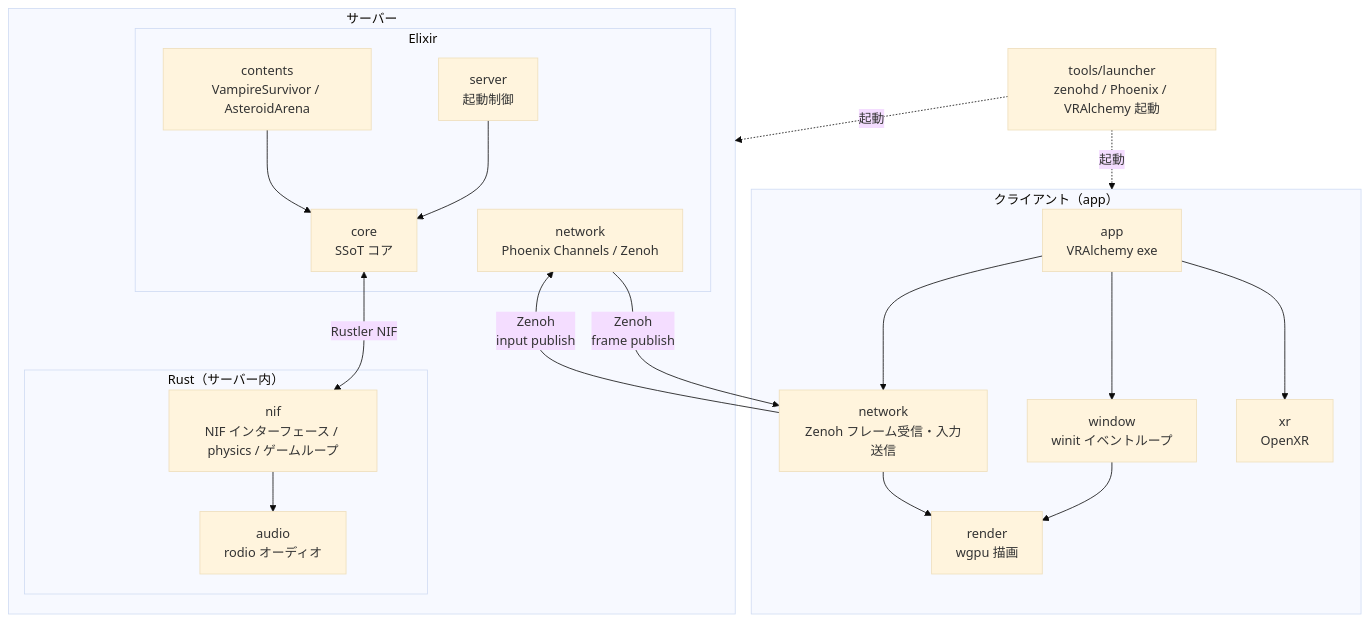
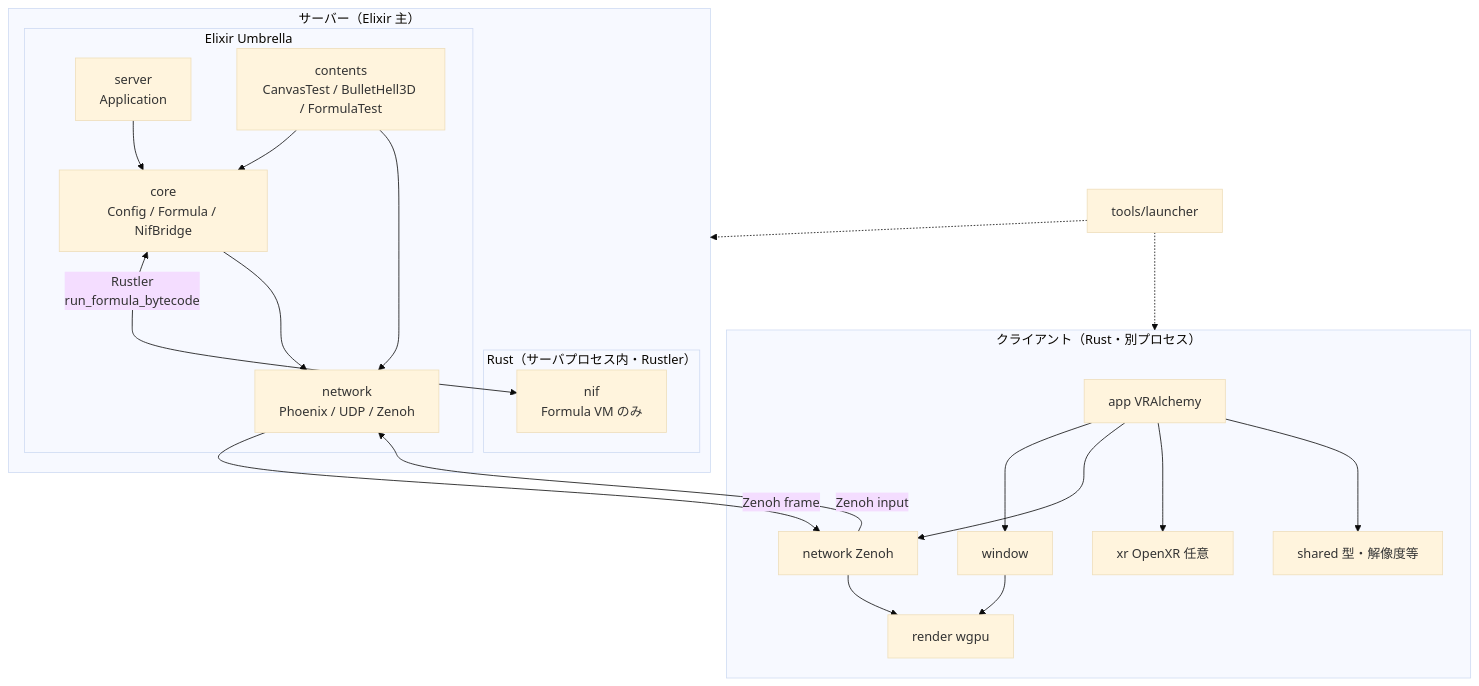
The first of 9 diagrams in docs/architecture/overview.md (FRICK-ELDY/alchemy-engine), drawn with Mermaid (base theme) before and after one commit. The commit also changed other lines of this file and 11 other files, not shown here.

Commit message:
docs(architecture): 現行構成（Formula NIF・Elixir tick・3 コンテンツ）に合わせて更新

````diff
--- a/docs/architecture/overview.md
+++ b/docs/architecture/overview.md
@@ -14,39 +17,41 @@
 ```mermaid
 graph TB
-    subgraph Server["サーバー"]
-        subgraph Elixir["Elixir"]
-            GS[server<br/>起動制御]
-            GE[core<br/>SSoT コア]
-            GC[contents<br/>VampireSurvivor / AsteroidArena]
-            GN[network<br/>Phoenix Channels / Zenoh]
+    subgraph Server["サーバー（Elixir 主）"]
+        subgraph Elixir["Elixir Umbrella"]
+            GS[server<br/>Application]
+            GE[core<br/>Config / Formula / NifBridge]
+            GC["contents<br/>CanvasTest / BulletHell3D / FormulaTest"]
+            GN[network<br/>Phoenix / UDP / Zenoh]
         end
-        subgraph RustServer["Rust（サーバー内）"]
-            GNIF[nif<br/>NIF インターフェース / physics / ゲームループ]
-            GAUDIO[audio<br/>rodio オーディオ]
+        subgraph RustServer["Rust（サーバプロセス内・Rustler）"]
+            GNIF["nif<br/>Formula VM のみ"]
         end
         GS --> GE
         GC --> GE
-        GE <-->|Rustler NIF| GNIF
-        GNIF --> GAUDIO
+        GE <-->|Rustler<br/>run_formula_bytecode| GNIF
+        GC --> GN
+        GE --> GN
     end
 
-    subgraph Client["クライアント（app）"]
-        APP[app<br/>VRAlchemy exe]
-        WIN[window<br/>winit イベントループ]
-        RENDER[render<br/>wgpu 描画]
-        NET[network<br/>Zenoh フレーム受信・入力送信]
-        XR[xr<br/>OpenXR]
+    subgraph Client["クライアント（Rust・別プロセス）"]
+        APP[app VRAlchemy]
+        WIN[window]
+        REND[render wgpu]
+        NETC[network Zenoh]
+        SH[shared 型・解像度等]
+        XR[xr OpenXR 任意]
         APP --> WIN
-        APP --> NET
+        APP --> NETC
         APP --> XR
-        WIN --> RENDER
-        NET --> RENDER
+        WIN --> REND
+        NETC --> REND
+        APP --> SH
     end
 
-    LAUNCHER[tools/launcher<br/>zenohd / Phoenix / VRAlchemy 起動]
+    LAUNCHER[tools/launcher]
 
-    GN -->|Zenoh<br/>frame publish| NET
-    NET -->|Zenoh<br/>input publish| GN
-    LAUNCHER -.->|起動| Server
-    LAUNCHER -.->|起動| Client
+    GN -->|Zenoh frame| NETC
+    NETC -->|Zenoh input| GN
+    LAUNCHER -.-> Server
+    LAUNCHER -.-> Client
 ```
````
